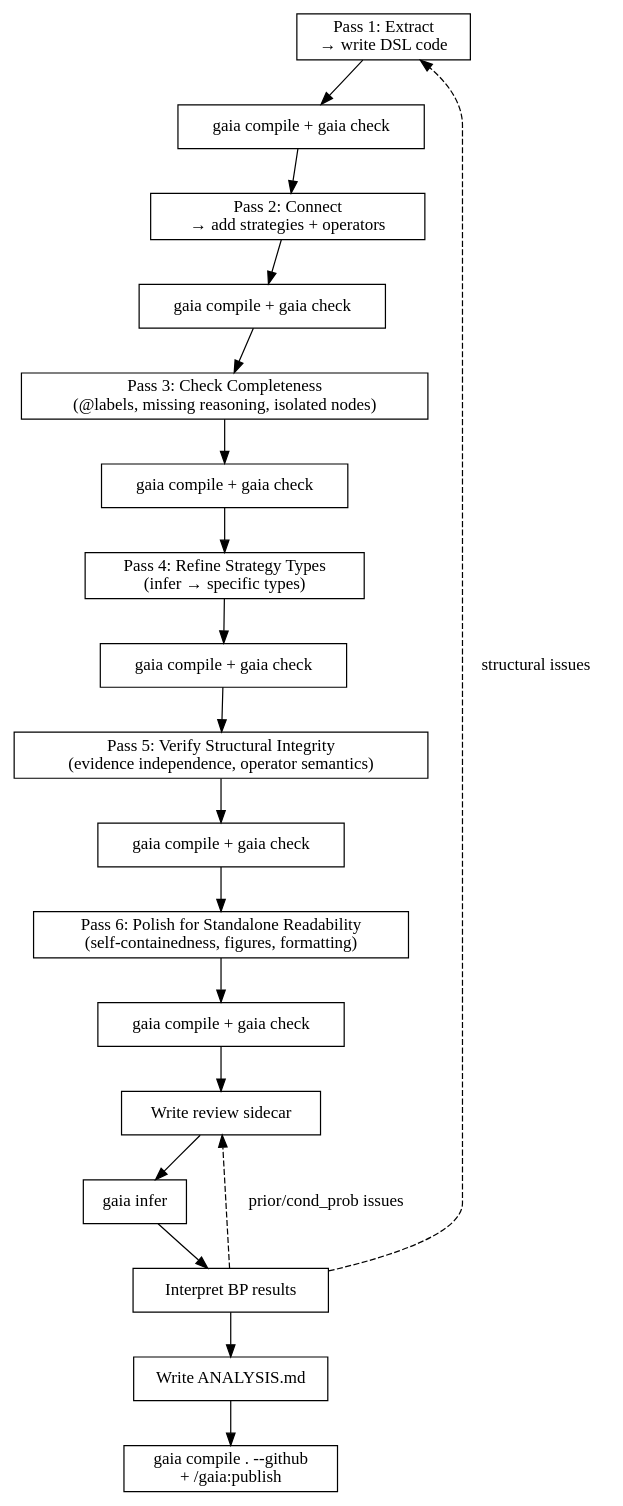
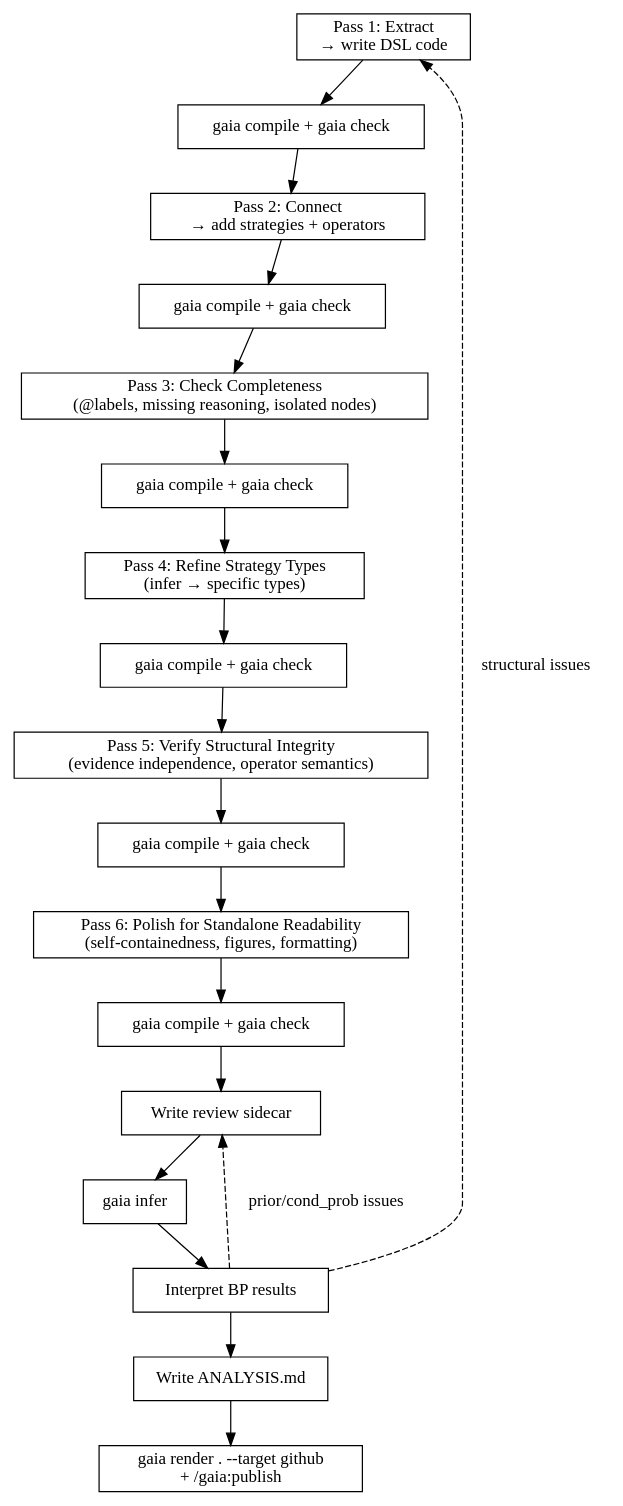
The first of 2 diagrams in skills/formalization/SKILL.md (newtontech/Gaia), drawn with Graphviz before and after one commit. The commit also changed other lines of this file and 6 other files, not shown here.

Commit message:
docs: document gaia render command and retire compile presentation flags

````diff
--- a/skills/formalization/SKILL.md
+++ b/skills/formalization/SKILL.md
@@ -18,30 +18,30 @@
 ```dot
 digraph formalization {
     rankdir=TB;
     node [shape=box];
 
     p1 [label="Pass 1: Extract\n→ write DSL code"];
     r1 [label="gaia compile + gaia check"];
     p2 [label="Pass 2: Connect\n→ add strategies + operators"];
     r2 [label="gaia compile + gaia check"];
     p3 [label="Pass 3: Check Completeness\n(@labels, missing reasoning, isolated nodes)"];
     r3 [label="gaia compile + gaia check"];
     p4 [label="Pass 4: Refine Strategy Types\n(infer → specific types)"];
     r4 [label="gaia compile + gaia check"];
     p5 [label="Pass 5: Verify Structural Integrity\n(evidence independence, operator semantics)"];
     r5 [label="gaia compile + gaia check"];
     p6 [label="Pass 6: Polish for Standalone Readability\n(self-containedness, figures, formatting)"];
     r6 [label="gaia compile + gaia check"];
     review [label="Write review sidecar"];
     infer [label="gaia infer"];
     interpret [label="Interpret BP results"];
     analysis [label="Write ANALYSIS.md"];
-    readme [label="gaia compile . --github\n+ /gaia:publish"];
+    readme [label="gaia render . --target github\n+ /gaia:publish"];
 
     p1 -> r1 -> p2 -> r2 -> p3 -> r3 -> p4 -> r4 -> p5 -> r5 -> p6 -> r6;
     r6 -> review -> infer -> interpret;
     interpret -> p1 [label="structural issues" style=dashed];
     interpret -> review [label="prior/cond_prob issues" style=dashed];
     interpret -> analysis -> readme;
 }
 ```
````
